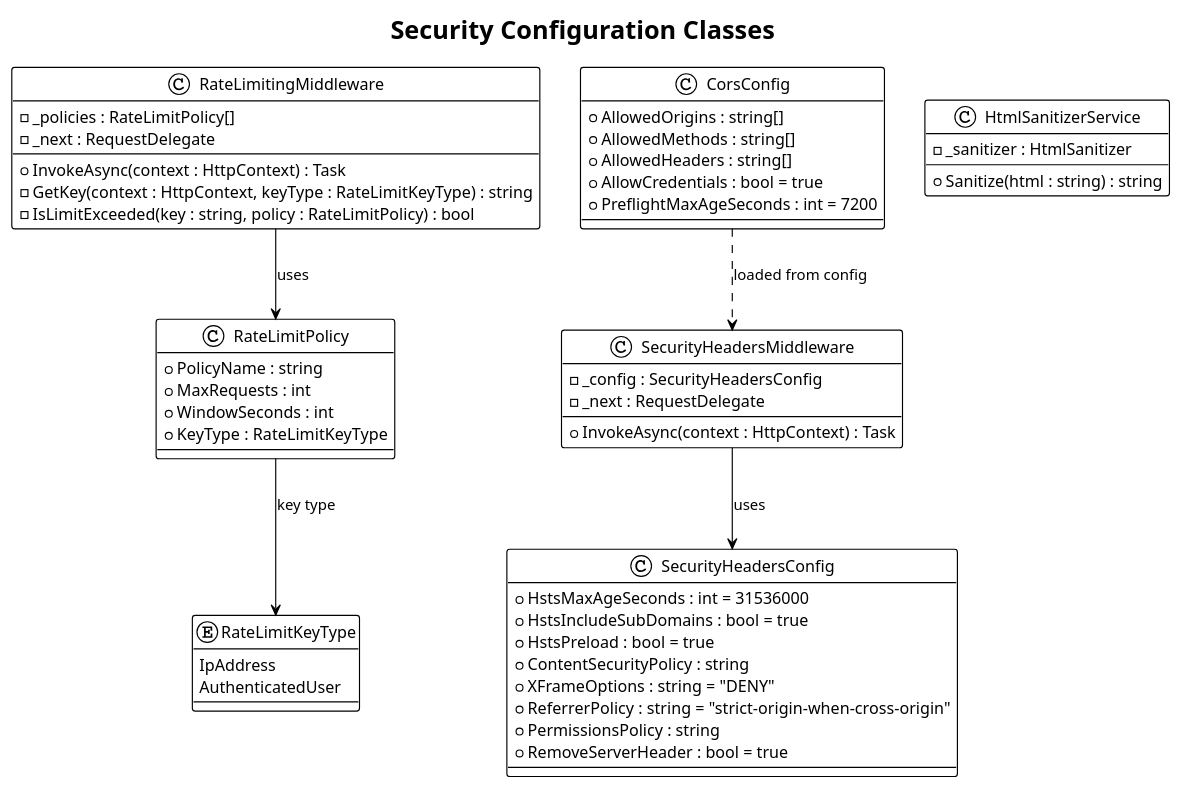
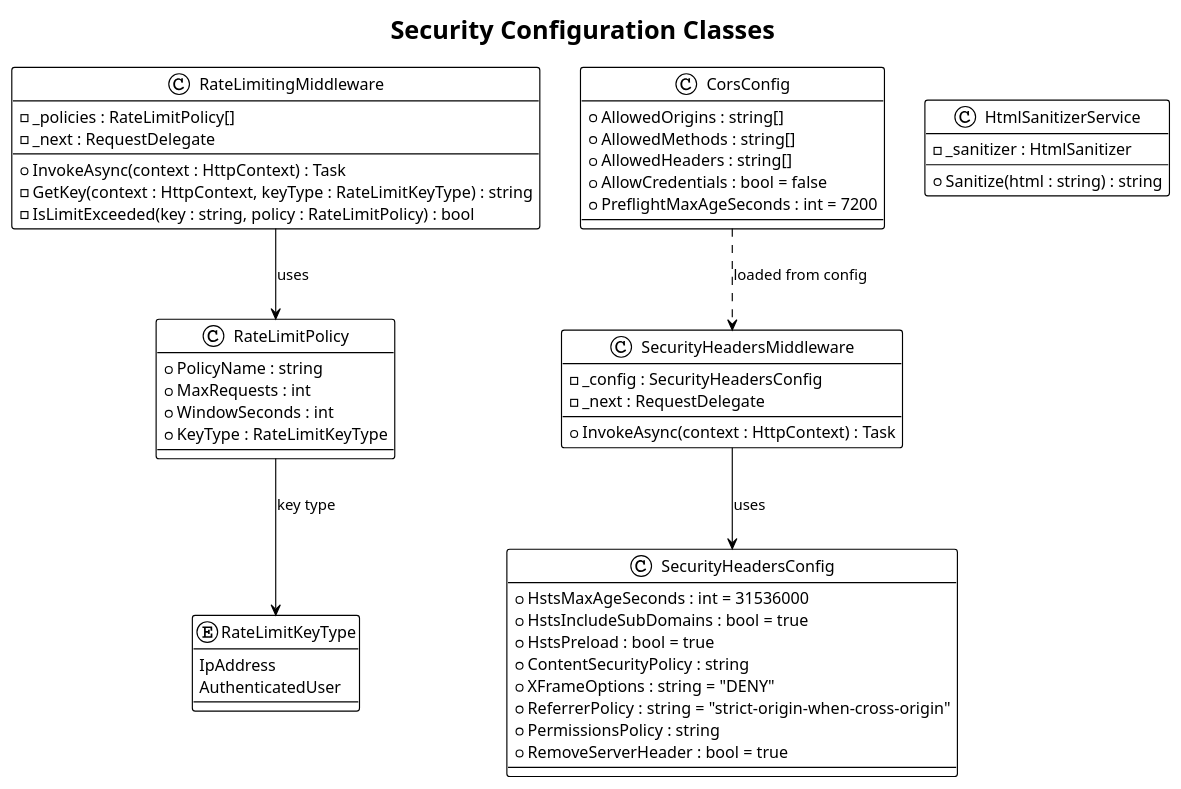
Before and after one commit to QuinntyneBrown/Blog: the diagram in docs/detailed-designs/08-security-hardening/diagrams/class_diagram.puml, drawn with PlantUML. The commit also changed 9 other files, not shown here.

```diff
--- a/docs/detailed-designs/08-security-hardening/diagrams/class_diagram.puml
+++ b/docs/detailed-designs/08-security-hardening/diagrams/class_diagram.puml
@@ -1,61 +1,61 @@
 @startuml class_diagram
 !theme plain
 
 title Security Configuration Classes
 
 enum RateLimitKeyType {
     IpAddress
     AuthenticatedUser
 }
 
 class SecurityHeadersConfig {
     + HstsMaxAgeSeconds : int = 31536000
     + HstsIncludeSubDomains : bool = true
     + HstsPreload : bool = true
     + ContentSecurityPolicy : string
     + XFrameOptions : string = "DENY"
     + ReferrerPolicy : string = "strict-origin-when-cross-origin"
     + PermissionsPolicy : string
     + RemoveServerHeader : bool = true
 }
 
 class RateLimitPolicy {
     + PolicyName : string
     + MaxRequests : int
     + WindowSeconds : int
     + KeyType : RateLimitKeyType
 }
 
 class CorsConfig {
     + AllowedOrigins : string[]
     + AllowedMethods : string[]
     + AllowedHeaders : string[]
-    + AllowCredentials : bool = true
+    + AllowCredentials : bool = false
     + PreflightMaxAgeSeconds : int = 7200
 }
 
 class SecurityHeadersMiddleware {
     - _config : SecurityHeadersConfig
     - _next : RequestDelegate
     + InvokeAsync(context : HttpContext) : Task
 }
 
 class RateLimitingMiddleware {
     - _policies : RateLimitPolicy[]
     - _next : RequestDelegate
     + InvokeAsync(context : HttpContext) : Task
     - GetKey(context : HttpContext, keyType : RateLimitKeyType) : string
     - IsLimitExceeded(key : string, policy : RateLimitPolicy) : bool
 }
 
 class HtmlSanitizerService {
     - _sanitizer : HtmlSanitizer
     + Sanitize(html : string) : string
 }
 
 SecurityHeadersMiddleware --> SecurityHeadersConfig : uses
 RateLimitingMiddleware --> RateLimitPolicy : uses
 RateLimitPolicy --> RateLimitKeyType : key type
 CorsConfig ..> SecurityHeadersMiddleware : loaded from config
 
 @enduml
```
